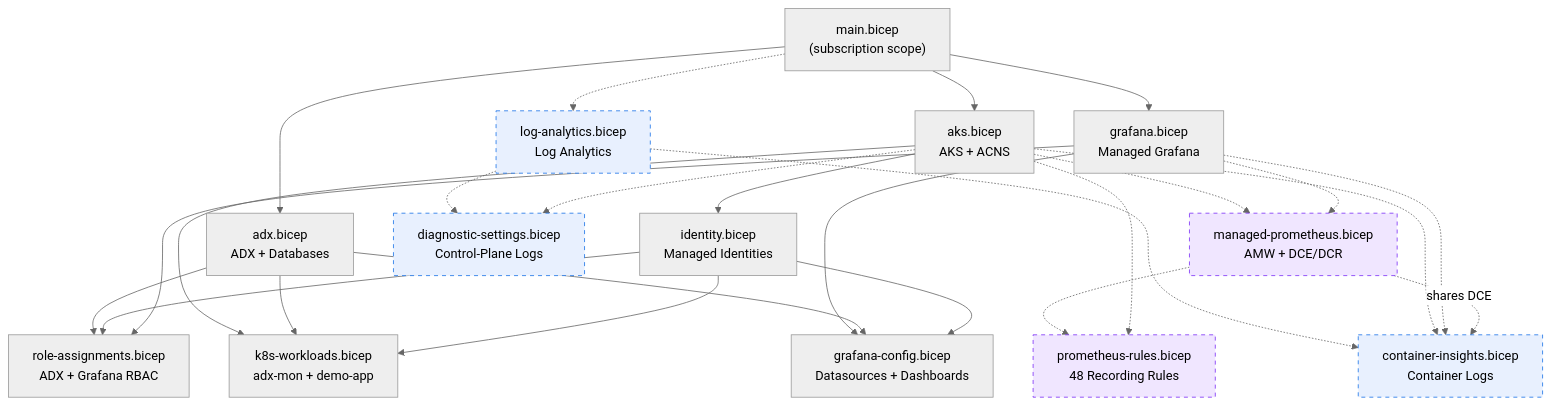
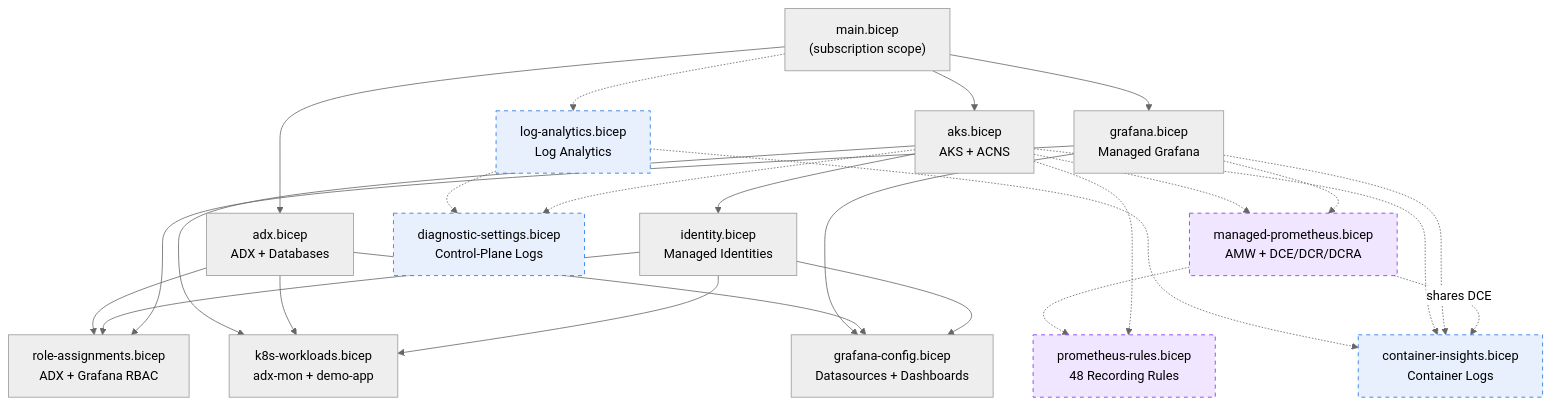
The second of 2 diagrams in README.md (michaelsena-msft/adx-mon-demo), drawn with Mermaid (neutral theme) before and after one commit. The commit also changed other lines of this file, not shown here.

````diff
--- a/README.md
+++ b/README.md
@@ -64,30 +74,30 @@
 ```mermaid
 flowchart TD
     main["main.bicep\n(subscription scope)"]
 
     main --> aks["aks.bicep\nAKS + ACNS"]
     main --> adx["adx.bicep\nADX + Databases"]
     main --> grafana["grafana.bicep\nManaged Grafana"]
     main -.-> law["log-analytics.bicep\nLog Analytics"]
 
     aks --> identity["identity.bicep\nManaged Identities"]
 
-    aks & grafana -.-> mp["managed-prometheus.bicep\nAMW + DCE/DCR"]
+    aks & grafana -.-> mp["managed-prometheus.bicep\nAMW + DCE/DCR/DCRA"]
     mp & aks -.-> rules["prometheus-rules.bicep\n48 Recording Rules"]
 
     law & aks -.-> diag["diagnostic-settings.bicep\nControl-Plane Logs"]
     law & aks & grafana -.-> ci["container-insights.bicep\nContainer Logs"]
     mp -.->|shares DCE| ci
 
     adx & identity & grafana --> roles["role-assignments.bicep\nADX + Grafana RBAC"]
 
     aks & adx & identity --> k8s["k8s-workloads.bicep\nadx-mon + demo-app"]
 
     grafana & adx & identity --> gconfig["grafana-config.bicep\nDatasources + Dashboards"]
 
     style mp fill:#f0e6ff,stroke:#7b2ff7,stroke-dasharray: 5 5
     style rules fill:#f0e6ff,stroke:#7b2ff7,stroke-dasharray: 5 5
     style law fill:#e8f0fe,stroke:#1a73e8,stroke-dasharray: 5 5
     style diag fill:#e8f0fe,stroke:#1a73e8,stroke-dasharray: 5 5
     style ci fill:#e8f0fe,stroke:#1a73e8,stroke-dasharray: 5 5
 ```
````
